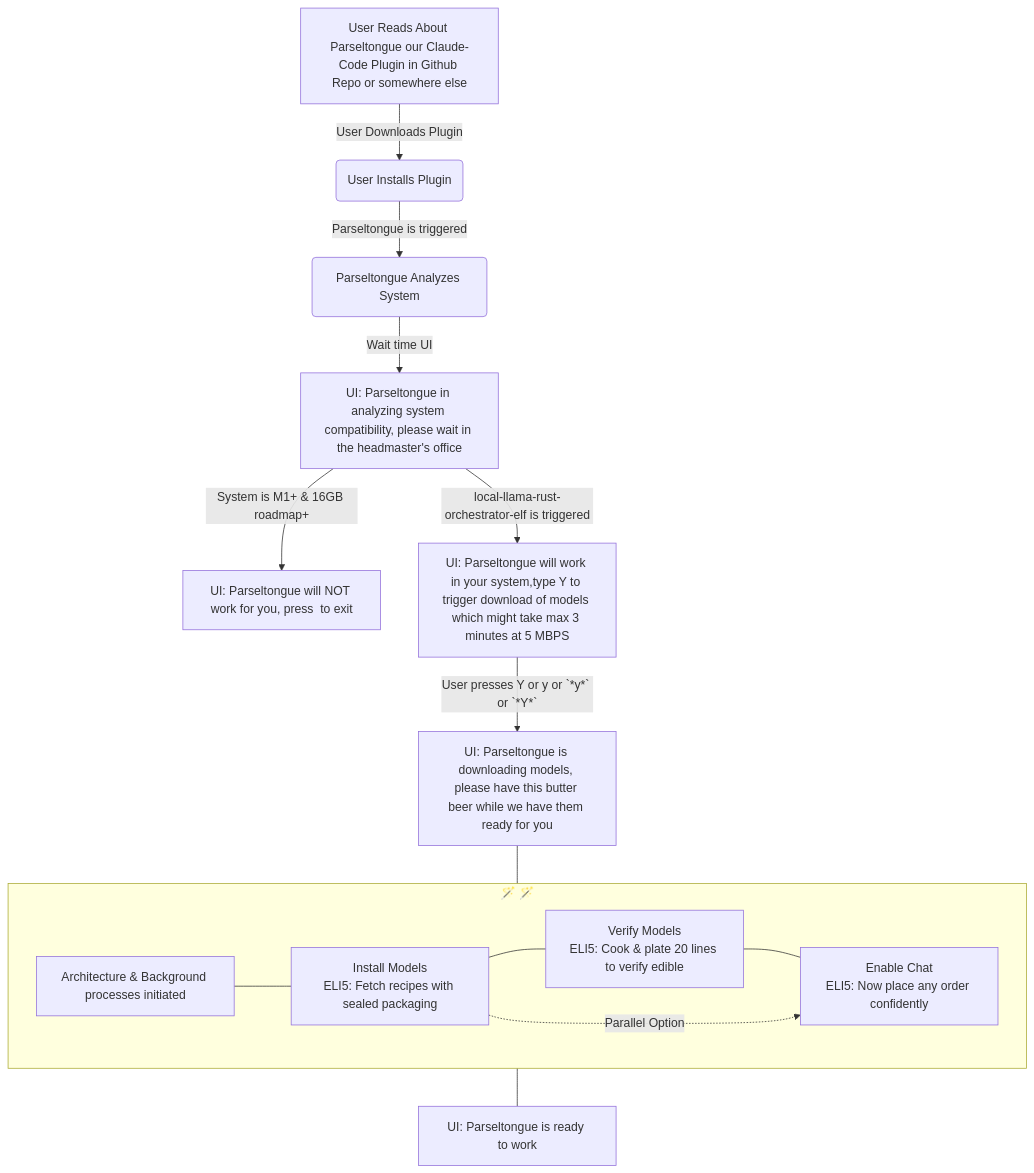
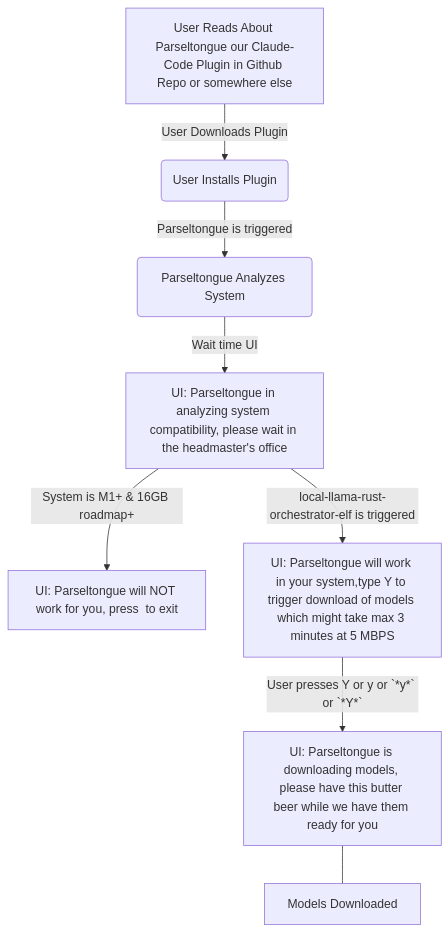
One commit to that-in-rust/transfiguration changed the diagram in Insp11MVP/A01PyramidForMVP.md. Above: the diagram before and after it, drawn with Mermaid. The commit also changed other lines of this file and 8 other files, not shown here.

````diff
--- a/Insp11MVP/A01PyramidForMVP.md
+++ b/Insp11MVP/A01PyramidForMVP.md
@@ -3,19 +3,11 @@
 ```mermaid
 graph TD
     A[User Reads About Parseltongue our Claude-Code Plugin in Github Repo or somewhere else] -->|User Downloads Plugin| B(User Installs Plugin)
     B --> |Parseltongue is triggered| B1(Parseltongue Analyzes System)
     B1 --> |Wait time UI| C[UI: Parseltongue in analyzing system compatibility, please wait in the headmaster's office]
     C --> |System is M1+ & 16GB roadmap+| D[UI: Parseltongue will NOT work for you, press <WIP> to exit]
     C --> |local-llama-rust-orchestrator-elf is triggered| E[UI: Parseltongue will work in your system,type Y to trigger download of models which might take max 3 minutes at 5 MBPS]
     E --> | User presses Y or y or `*y*` or `*Y*`| F[UI: Parseltongue is downloading models, please have this butter beer while we have them ready for you]
-    F --- F1[Architecture & Background processes initiated]
-    subgraph horizontal["🪄 🪄"]
-        direction LR
-        F1 --- Install["Install Models<br>ELI5: Fetch recipes with sealed packaging"]
-        Install --- Verify["Verify Models<br>ELI5: Cook & plate 20 lines to verify edible"]
-        Verify --- Chat["Enable Chat<br>ELI5: Now place any order confidently"]
-        Install -.->|Parallel Option| Chat
-    end
-    Chat --- F3[UI: Parseltongue is ready to work]
+    F --- F1[Models Downloaded]
 
 ```
````
